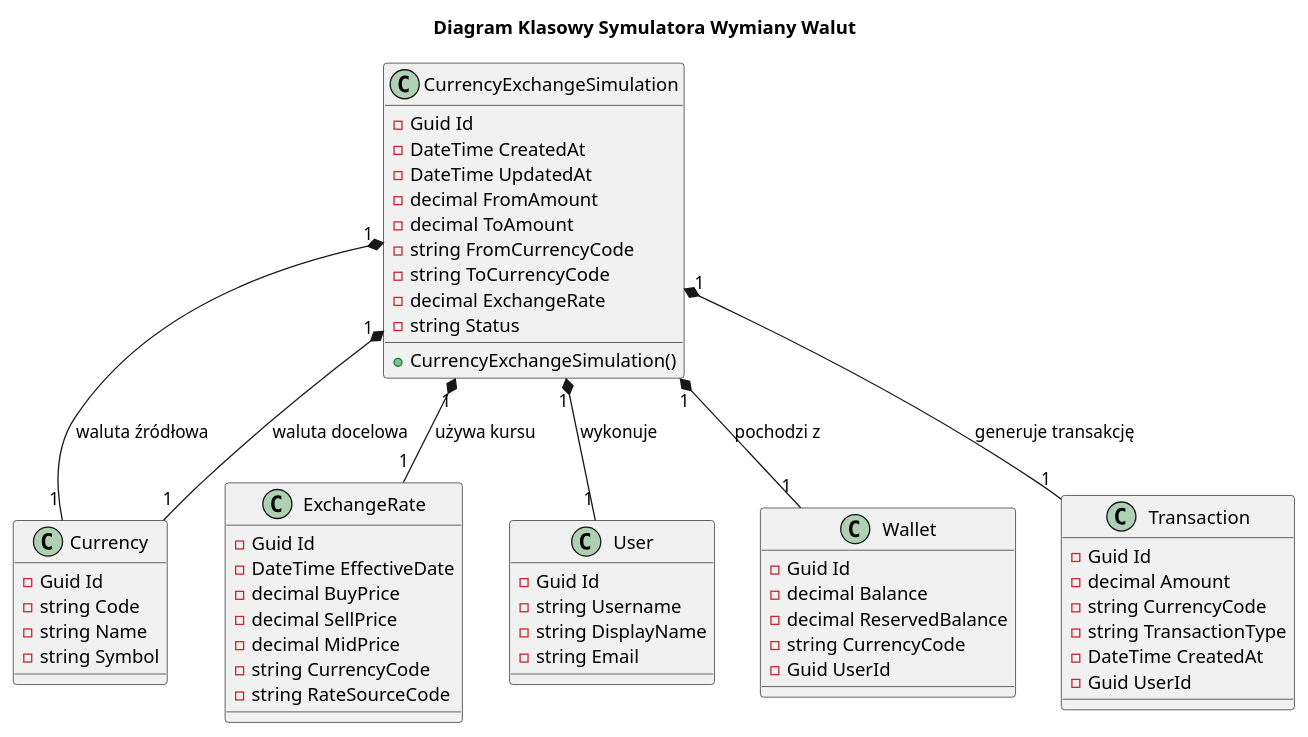
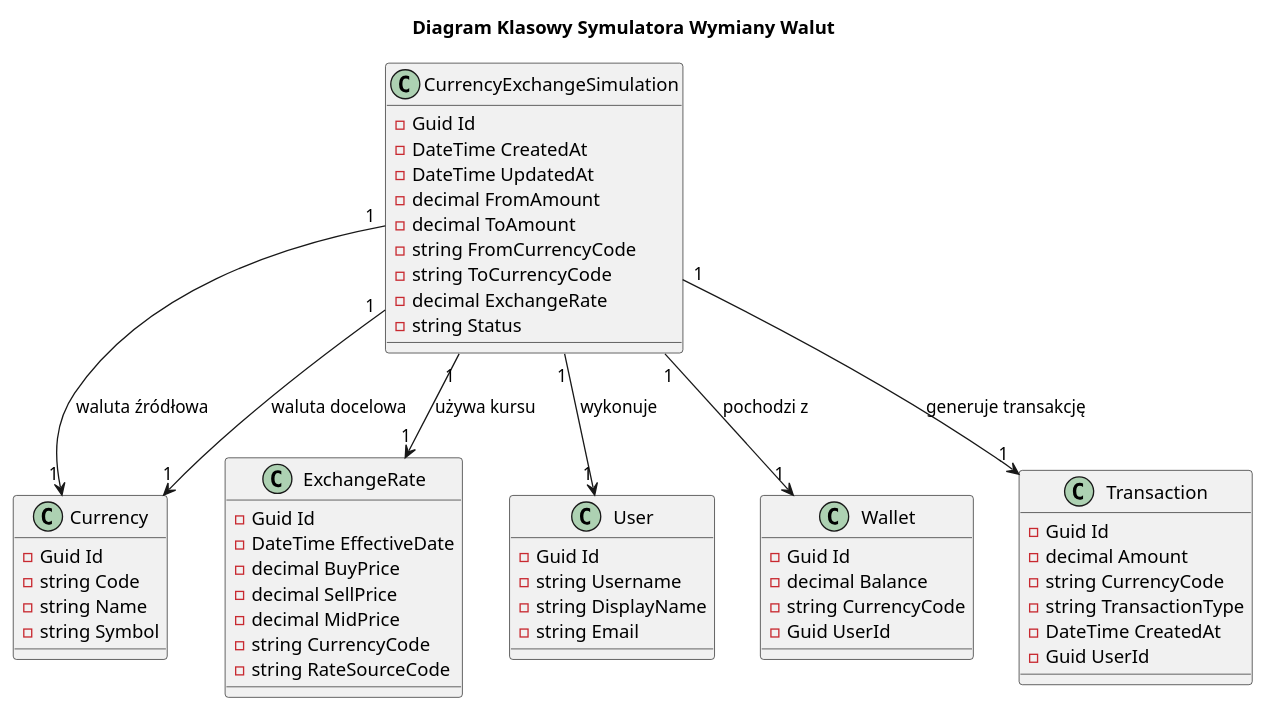
Before and after one commit to kacluc/GieudexPol: the diagram in UML/CurrencyExchangeSimulationClassDiagram.puml, drawn with PlantUML. The commit also changed 1 other file, not shown here.

Commit message:
drobna poprawa poprzedniego diagramu sekwencji

```diff
--- a/UML/CurrencyExchangeSimulationClassDiagram.puml
+++ b/UML/CurrencyExchangeSimulationClassDiagram.puml
@@ -1,68 +1,66 @@
 @startuml CurrencyExchangeSimulationClassDiagram
 
 title Diagram Klasowy Symulatora Wymiany Walut
 
 ' Klasy
 class CurrencyExchangeSimulation {
   - Guid Id
   - DateTime CreatedAt
   - DateTime UpdatedAt
   - decimal FromAmount
   - decimal ToAmount
   - string FromCurrencyCode
   - string ToCurrencyCode
   - decimal ExchangeRate
   - string Status
-  + CurrencyExchangeSimulation()
 }
 
 class Currency {
   - Guid Id
   - string Code
   - string Name
   - string Symbol
 }
 
 class ExchangeRate {
   - Guid Id
   - DateTime EffectiveDate
   - decimal BuyPrice
   - decimal SellPrice
   - decimal MidPrice
   - string CurrencyCode
   - string RateSourceCode
 }
 
 class User {
   - Guid Id
   - string Username
   - string DisplayName
   - string Email
 }
 
 class Wallet {
   - Guid Id
   - decimal Balance
-  - decimal ReservedBalance
   - string CurrencyCode
   - Guid UserId
 }
 
 class Transaction {
   - Guid Id
   - decimal Amount
   - string CurrencyCode
   - string TransactionType
   - DateTime CreatedAt
   - Guid UserId
 }
 
 ' Relacje
-CurrencyExchangeSimulation "1" *-- "1" User : wykonuje
-CurrencyExchangeSimulation "1" *-- "1" Wallet : pochodzi z
-CurrencyExchangeSimulation "1" *-- "1" Currency : waluta źródłowa
-CurrencyExchangeSimulation "1" *-- "1" Currency : waluta docelowa
-CurrencyExchangeSimulation "1" *-- "1" ExchangeRate : używa kursu
-CurrencyExchangeSimulation "1" *-- "1" Transaction : generuje transakcję
+CurrencyExchangeSimulation "1" --> "1" User : wykonuje
+CurrencyExchangeSimulation "1" --> "1" Wallet : pochodzi z
+CurrencyExchangeSimulation "1" --> "1" Currency : waluta źródłowa
+CurrencyExchangeSimulation "1" --> "1" Currency : waluta docelowa
+CurrencyExchangeSimulation "1" --> "1" ExchangeRate : używa kursu
+CurrencyExchangeSimulation "1" --> "1" Transaction : generuje transakcję
 
 @enduml
```
